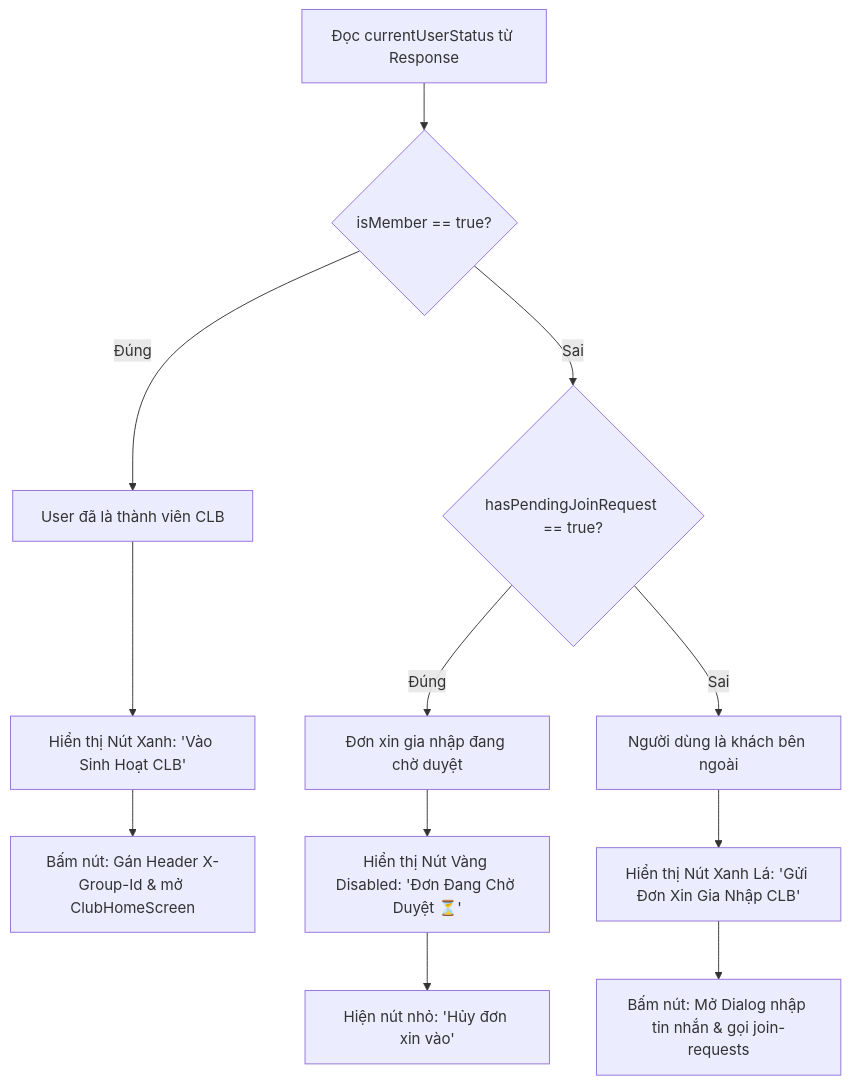
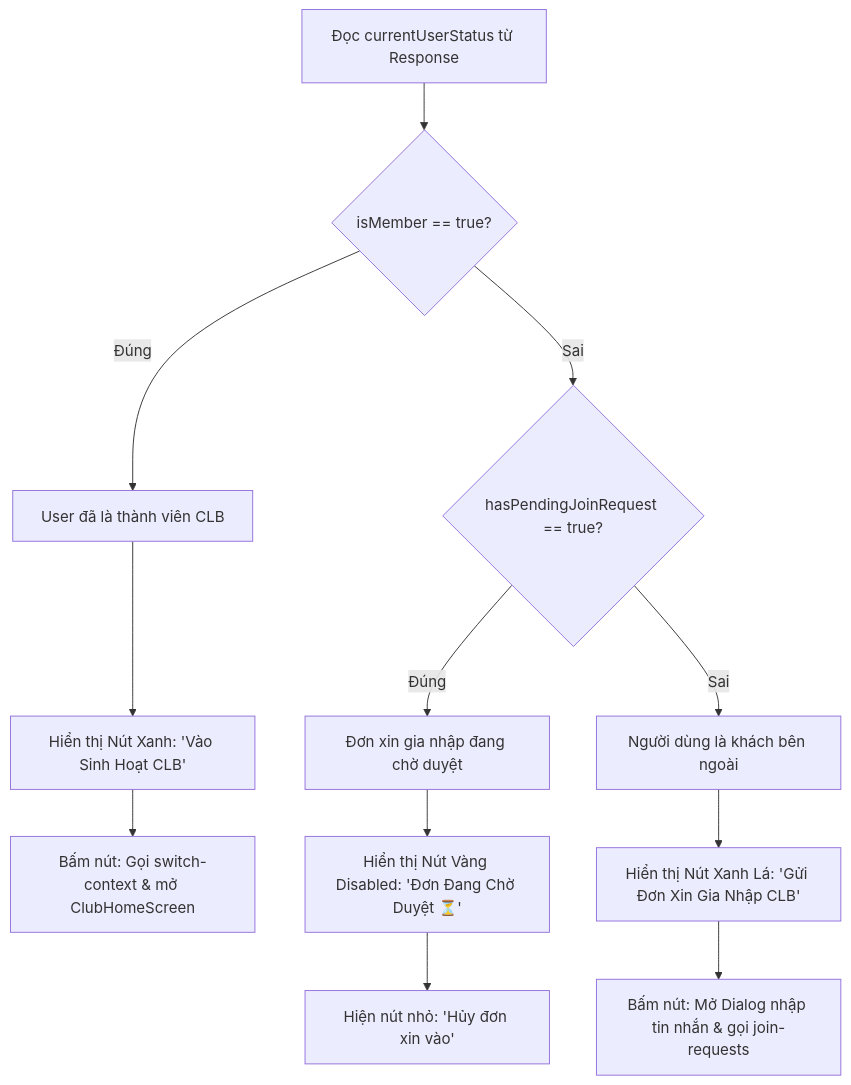
One commit to GunDx2k4/KLTN2026 changed the third of 3 diagrams in docs/PHAN_HE_1_HO_SO_VA_TIM_KIEM_CLB_FR05_FR06_FR07.md. Above: the diagram before and after it, drawn with Mermaid. The commit also changed other lines of this file and 18 other files, not shown here.

````diff
--- a/docs/PHAN_HE_1_HO_SO_VA_TIM_KIEM_CLB_FR05_FR06_FR07.md
+++ b/docs/PHAN_HE_1_HO_SO_VA_TIM_KIEM_CLB_FR05_FR06_FR07.md
@@ -282,16 +282,16 @@
 ```mermaid
 graph TD
     A[Đọc currentUserStatus từ Response] --> B{isMember == true?}
     B -- Đúng --> C[User đã là thành viên CLB]
     C --> D[Hiển thị Nút Xanh: 'Vào Sinh Hoạt CLB']
-    D --> E[Bấm nút: Gán Header X-Group-Id & mở ClubHomeScreen]
+    D --> E[Bấm nút: Gọi switch-context & mở ClubHomeScreen]
     
     B -- Sai --> F{hasPendingJoinRequest == true?}
     F -- Đúng --> G[Đơn xin gia nhập đang chờ duyệt]
     G --> H[Hiển thị Nút Vàng Disabled: 'Đơn Đang Chờ Duyệt ⏳']
     H --> I[Hiện nút nhỏ: 'Hủy đơn xin vào']
     
     F -- Sai --> J[Người dùng là khách bên ngoài]
     J --> K[Hiển thị Nút Xanh Lá: 'Gửi Đơn Xin Gia Nhập CLB']
     K --> L[Bấm nút: Mở Dialog nhập tin nhắn & gọi join-requests]
 ```
````
